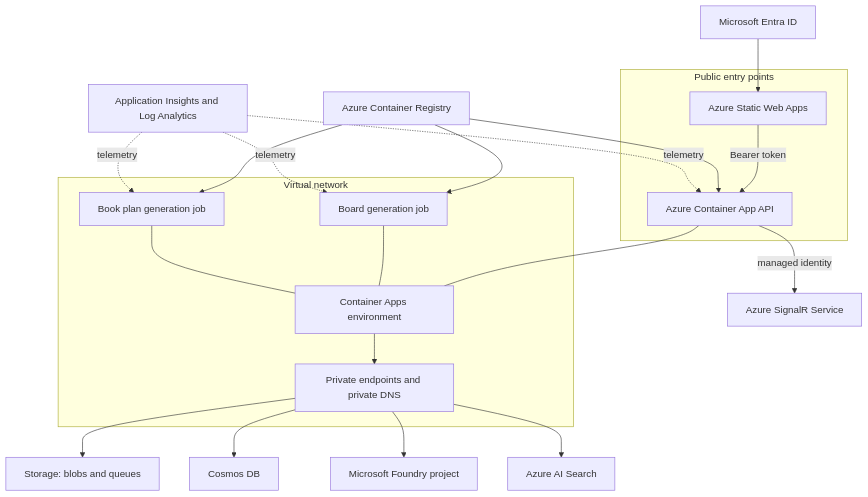
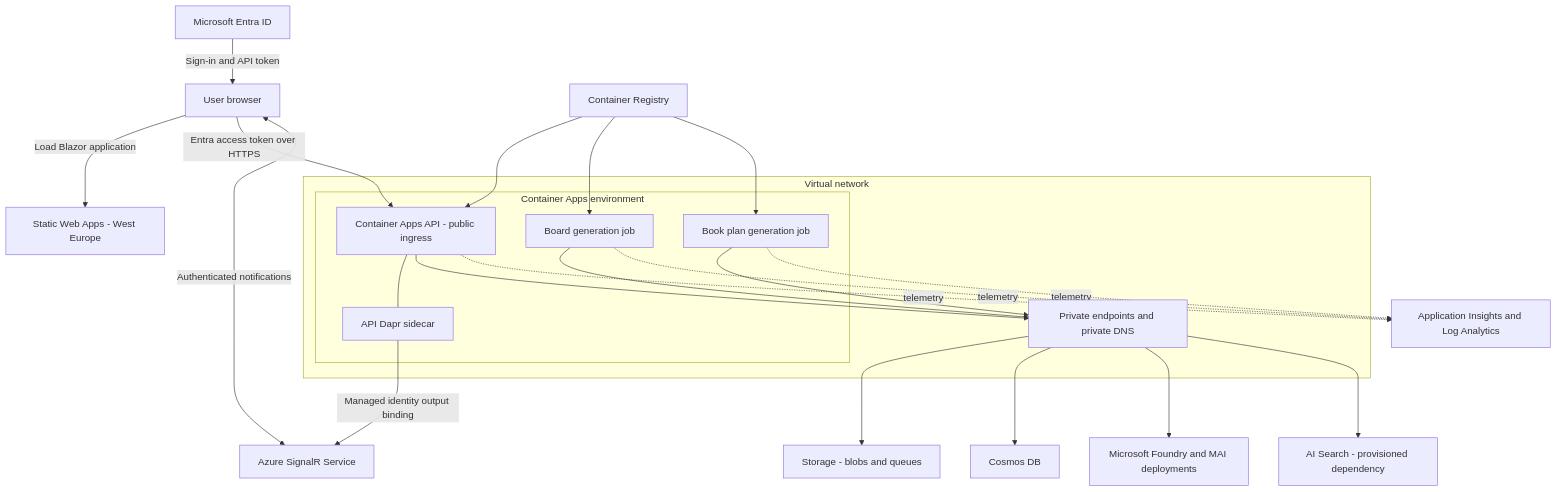
Before and after one commit to mathieumack/foundry-comics-mai: the first of 3 diagrams in docs/architecture.md, drawn with Mermaid. The commit also changed other lines of this file and 9 other files, not shown here.

First line of the commit message:
Enhance documentation and architecture for MAI Comic Studio

````diff
--- a/docs/architecture.md
+++ b/docs/architecture.md
@@ -25,30 +33,31 @@
 ```mermaid
 flowchart TB
-    subgraph Public[Public entry points]
-        SWA[Azure Static Web Apps]
-        ACA[Azure Container App API]
-    end
-    Entra[Microsoft Entra ID] --> SWA
-    SWA -->|Bearer token| ACA
+    Browser[User browser] -->|Load Blazor application| SWA[Static Web Apps - West Europe]
+    Entra[Microsoft Entra ID] -->|Sign-in and API token| Browser
+    Browser -->|Entra access token over HTTPS| API[Container Apps API - public ingress]
+    Browser <-->|Authenticated notifications| SignalR[Azure SignalR Service]
     subgraph VNet[Virtual network]
-        CAE[Container Apps environment]
-        BoardJob[Board generation job]
-        BookPlanJob[Book plan generation job]
+        subgraph CAE[Container Apps environment]
+            API
+            Dapr[API Dapr sidecar]
+            BoardJob[Board generation job]
+            PlanJob[Book plan generation job]
+        end
         PE[Private endpoints and private DNS]
     end
-    ACA --- CAE
-    BoardJob --- CAE
-    BookPlanJob --- CAE
-    CAE --> PE
-    PE --> Storage[Storage: blobs and queues]
+    API --- Dapr
+    API --> PE
+    BoardJob --> PE
+    PlanJob --> PE
+    PE --> Storage[Storage - blobs and queues]
     PE --> Cosmos[Cosmos DB]
-    PE --> Foundry[Microsoft Foundry project]
-    PE --> Search[Azure AI Search]
-    ACA -->|managed identity| SignalR[Azure SignalR Service]
-    ACR[Azure Container Registry] --> ACA
+    PE --> Foundry[Microsoft Foundry and MAI deployments]
+    PE --> Search[AI Search - provisioned dependency]
+    Dapr -->|Managed identity output binding| SignalR
+    ACR[Container Registry] --> API
     ACR --> BoardJob
-    ACR --> BookPlanJob
-    Monitor[Application Insights and Log Analytics] -. telemetry .-> ACA
-    Monitor -. telemetry .-> BoardJob
-    Monitor -. telemetry .-> BookPlanJob
+    ACR --> PlanJob
+    API -. telemetry .-> Monitor[Application Insights and Log Analytics]
+    BoardJob -. telemetry .-> Monitor
+    PlanJob -. telemetry .-> Monitor
 ```
````
